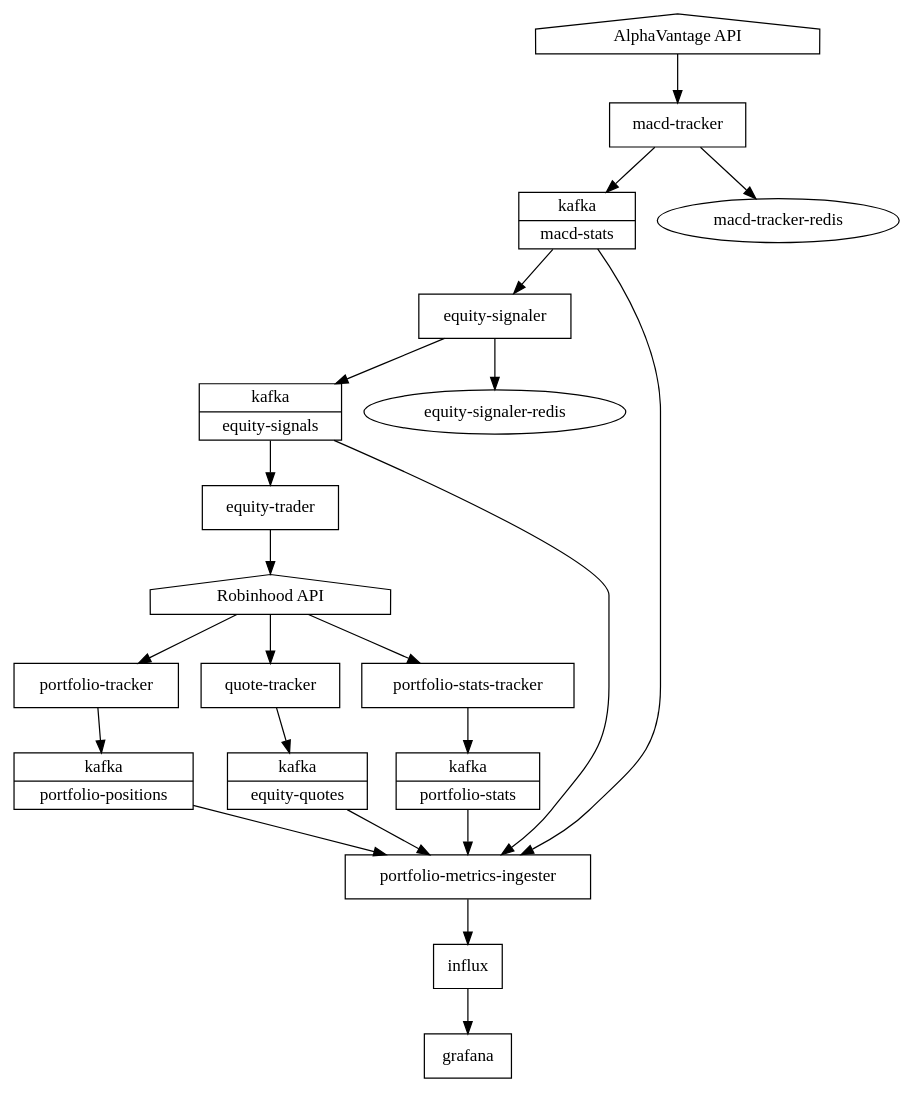
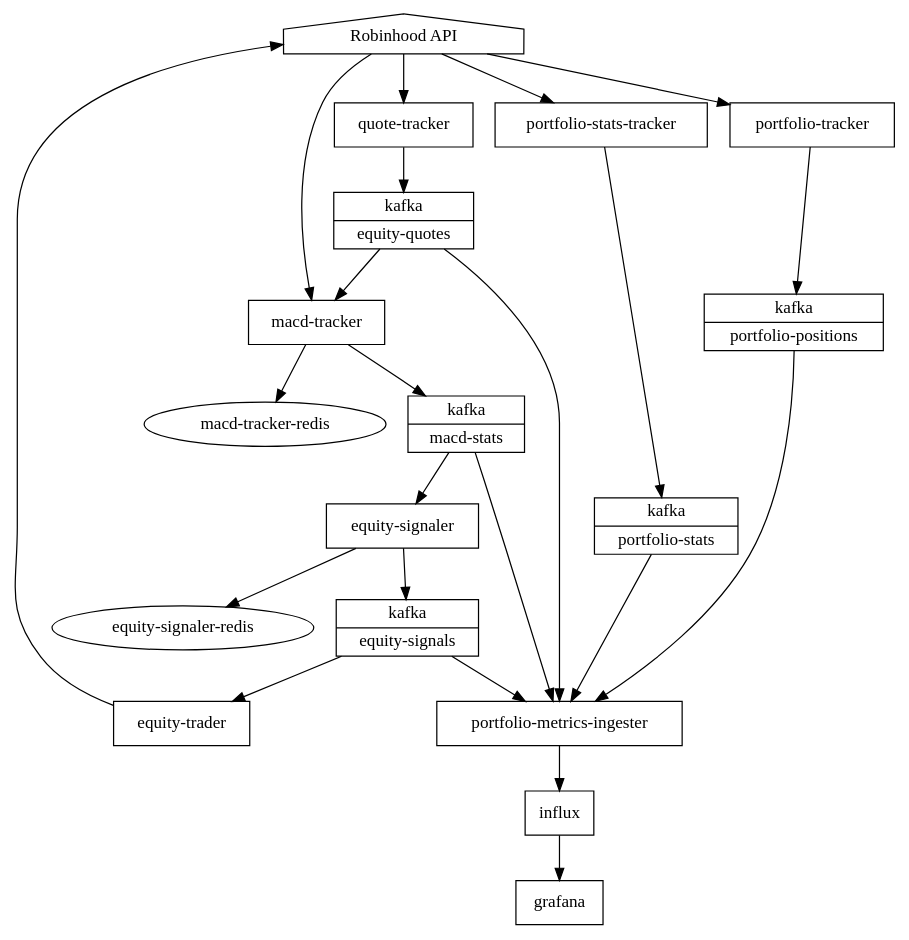
One commit to mseeks/msull92-infrastructure changed the diagram in graph.dot. Above: the diagram before and after it, drawn with Graphviz.

Commit message:
Update graph

```diff
--- a/graph.dot
+++ b/graph.dot
@@ -1,35 +1,35 @@
 digraph algorithm {
   node[shape=record]
 
-  "AlphaVantage API"           -> "macd-tracker"
+  "Robinhood API"              -> "macd-tracker"
+  "equity-quotes"              -> "macd-tracker"
   "macd-tracker"               -> "macd-stats"
   "macd-tracker"               -> "macd-tracker-redis"
   "macd-stats"                 -> "equity-signaler"
   "equity-signaler"            -> "equity-signals"
   "equity-signaler"            -> "equity-signaler-redis"
   "equity-signals"             -> "equity-trader"
   "equity-trader"              -> "Robinhood API"
   "Robinhood API"              -> "portfolio-tracker"
   "Robinhood API"              -> "quote-tracker"
   "Robinhood API"              -> "portfolio-stats-tracker"
   "portfolio-tracker"          -> "portfolio-positions"
   "portfolio-stats-tracker"    -> "portfolio-stats"
   "quote-tracker"              -> "equity-quotes"
   "portfolio-positions"        -> "portfolio-metrics-ingester"
   "portfolio-stats"            -> "portfolio-metrics-ingester"
   "macd-stats"                 -> "portfolio-metrics-ingester"
   "equity-signals"             -> "portfolio-metrics-ingester"
   "equity-quotes"              -> "portfolio-metrics-ingester"
   "portfolio-metrics-ingester" -> "influx"
   "influx"                     -> "grafana"
 
   "macd-stats" [shape=record label="{<f0> kafka| <f1> macd-stats}"]
   "equity-signals" [shape=record label="{<f0> kafka| <f1> equity-signals}"]
   "equity-quotes" [shape=record label="{<f0> kafka| <f1> equity-quotes}"]
   "portfolio-positions" [shape=record label="{<f0> kafka| <f1> portfolio-positions}"]
   "portfolio-stats" [shape=record label="{<f0> kafka| <f1> portfolio-stats}"]
-  "AlphaVantage API" [shape=house]
   "Robinhood API" [shape=house]
   "macd-tracker-redis" [shape=ellipse]
   "equity-signaler-redis" [shape=ellipse]
 }
```
